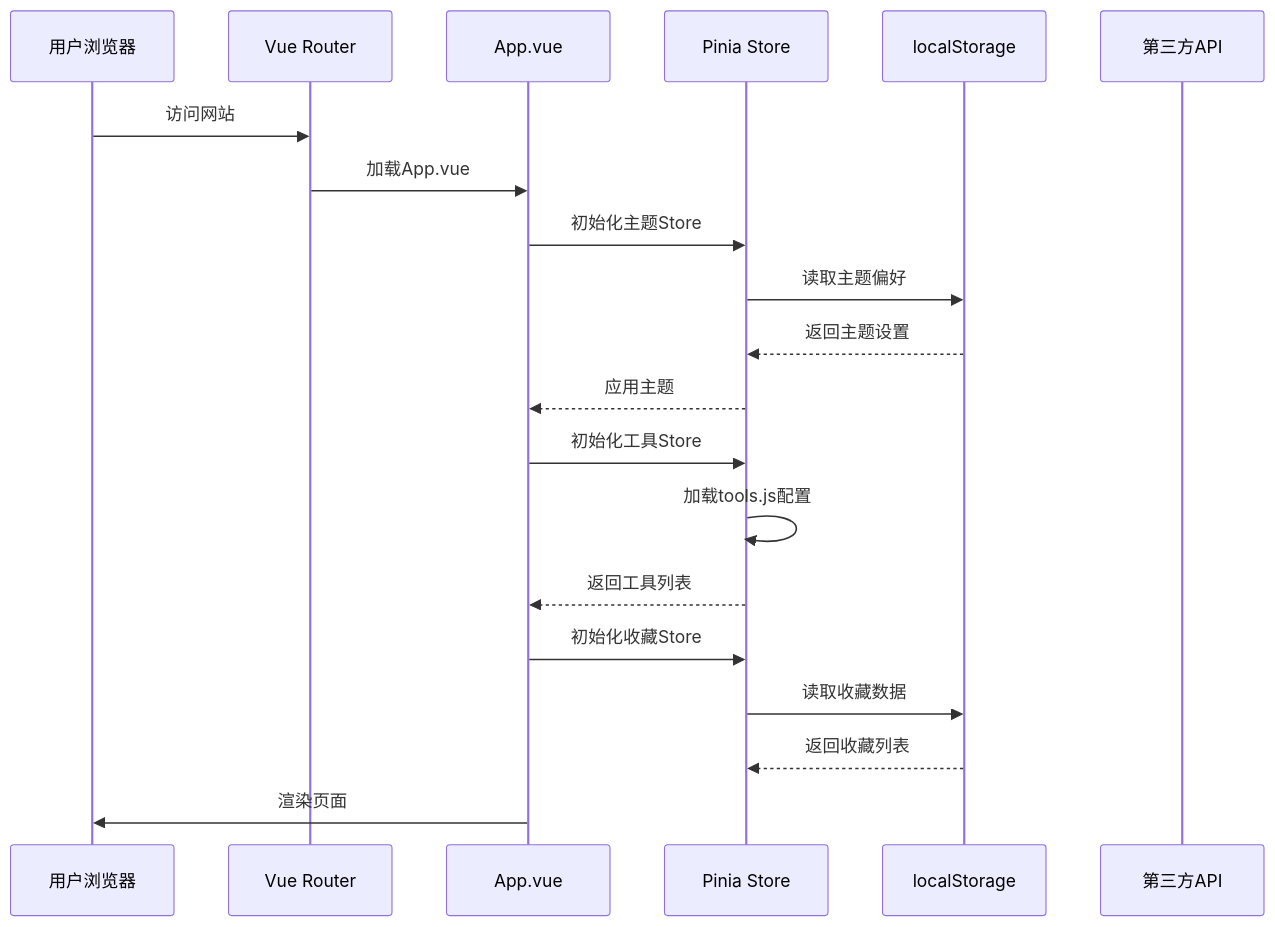
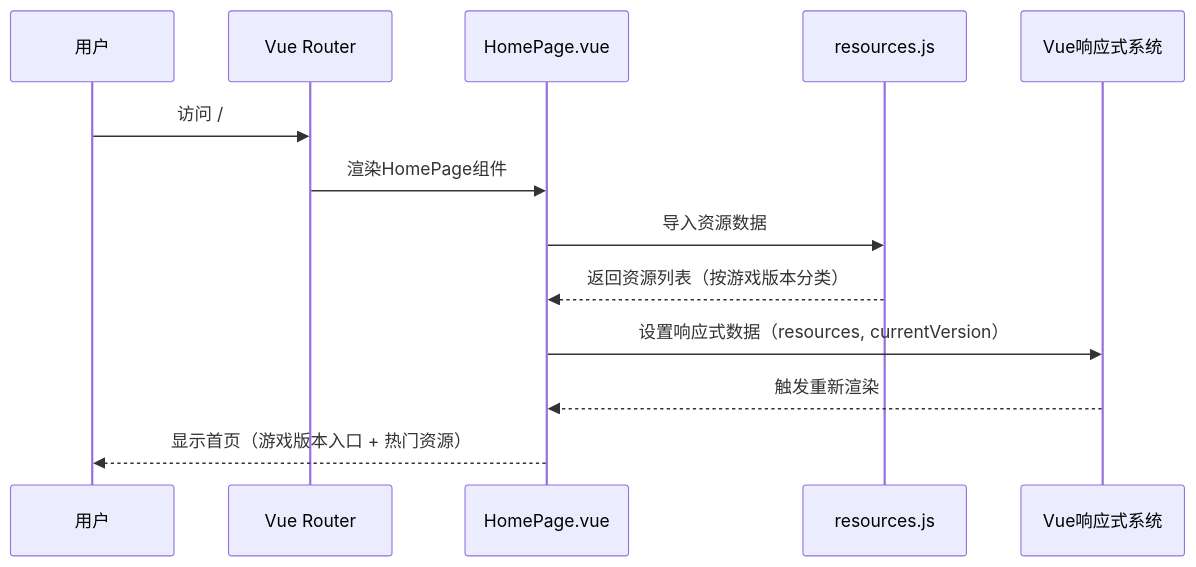
One commit to Eplayed/anhei-games changed the first of 4 diagrams in docs/ARCHITECTURE.md. Above: the diagram before and after it, drawn with Mermaid. The commit also changed other lines of this file and 42 other files, not shown here.

````diff
--- a/docs/ARCHITECTURE.md
+++ b/docs/ARCHITECTURE.md
@@ -408,26 +226,16 @@
 ```mermaid
 sequenceDiagram
-    participant U as 用户浏览器
+    participant U as 用户
     participant R as Vue Router
-    participant A as App.vue
-    participant S as Pinia Store
-    participant L as localStorage
-    participant API as 第三方API
+    participant H as HomePage.vue
+    participant D as resources.js
+    participant V as Vue响应式系统
 
-    U->>R: 访问网站
-    R->>A: 加载App.vue
-    A->>S: 初始化主题Store
-    S->>L: 读取主题偏好
-    L-->>S: 返回主题设置
-    S-->>A: 应用主题
-    
-    A->>S: 初始化工具Store
-    S->>S: 加载tools.js配置
-    S-->>A: 返回工具列表
-    
-    A->>S: 初始化收藏Store
-    S->>L: 读取收藏数据
-    L-->>S: 返回收藏列表
-    
-    A->>U: 渲染页面
+    U->>R: 访问 /
+    R->>H: 渲染HomePage组件
+    H->>D: 导入资源数据
+    D-->>H: 返回资源列表（按游戏版本分类）
+    H->>V: 设置响应式数据（resources, currentVersion）
+    V-->>H: 触发重新渲染
+    H-->>U: 显示首页（游戏版本入口 + 热门资源）
 ```
````
